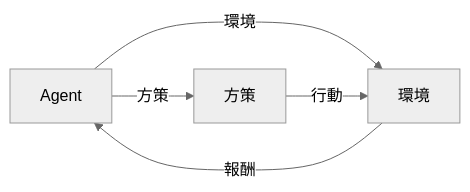
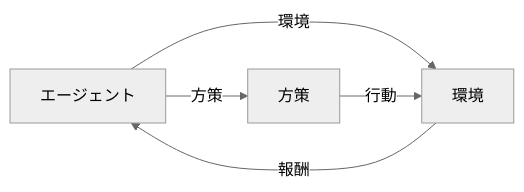
Before and after one commit to yope7/yope7.github.io: the second of 5 diagrams in _posts/2025-04-25-RL-survey.md, drawn with Mermaid (neutral theme). The commit also changed other lines of this file, not shown here.

````diff
--- a/_posts/2025-04-25-RL-survey.md
+++ b/_posts/2025-04-25-RL-survey.md
@@ -38,7 +47,7 @@
 ```mermaid
 flowchart LR
-    A[Agent] -->|環境| B[環境]
+    A[エージェント] -->|環境| B[環境]
     B -->|報酬| A
     A -->|方策| C[方策]
     C -->|行動| B
 ```
````
